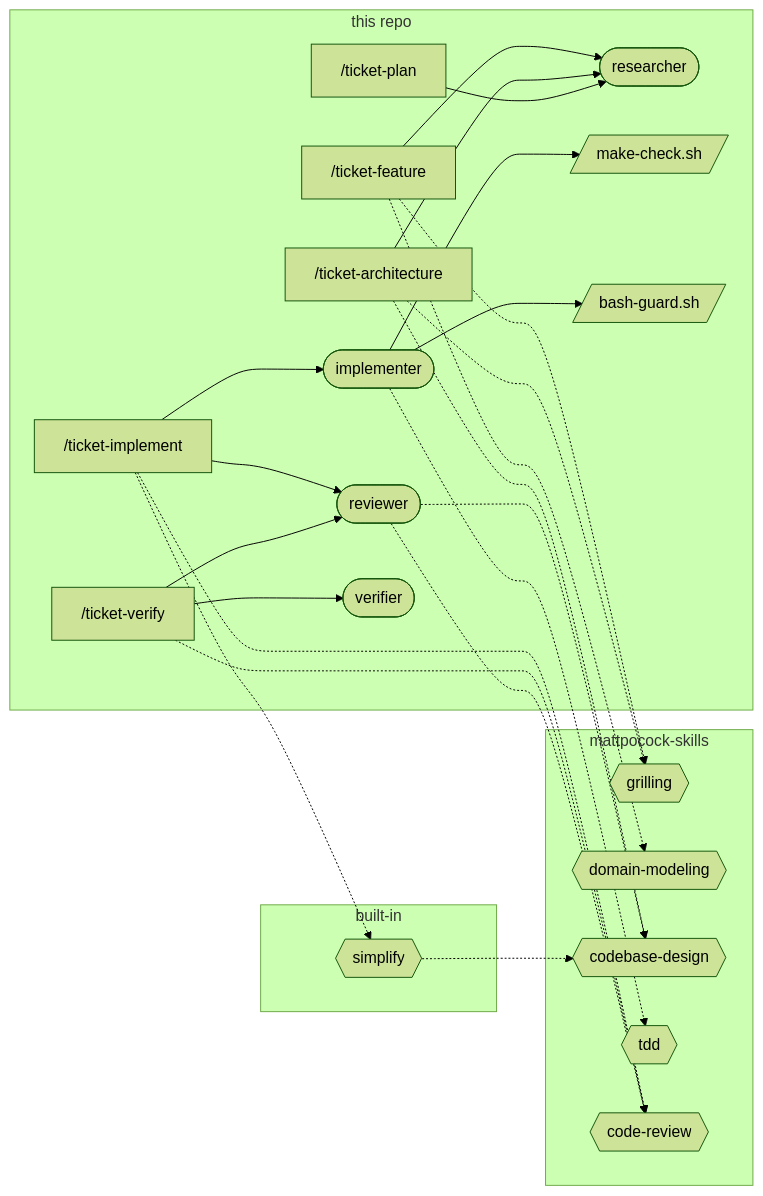
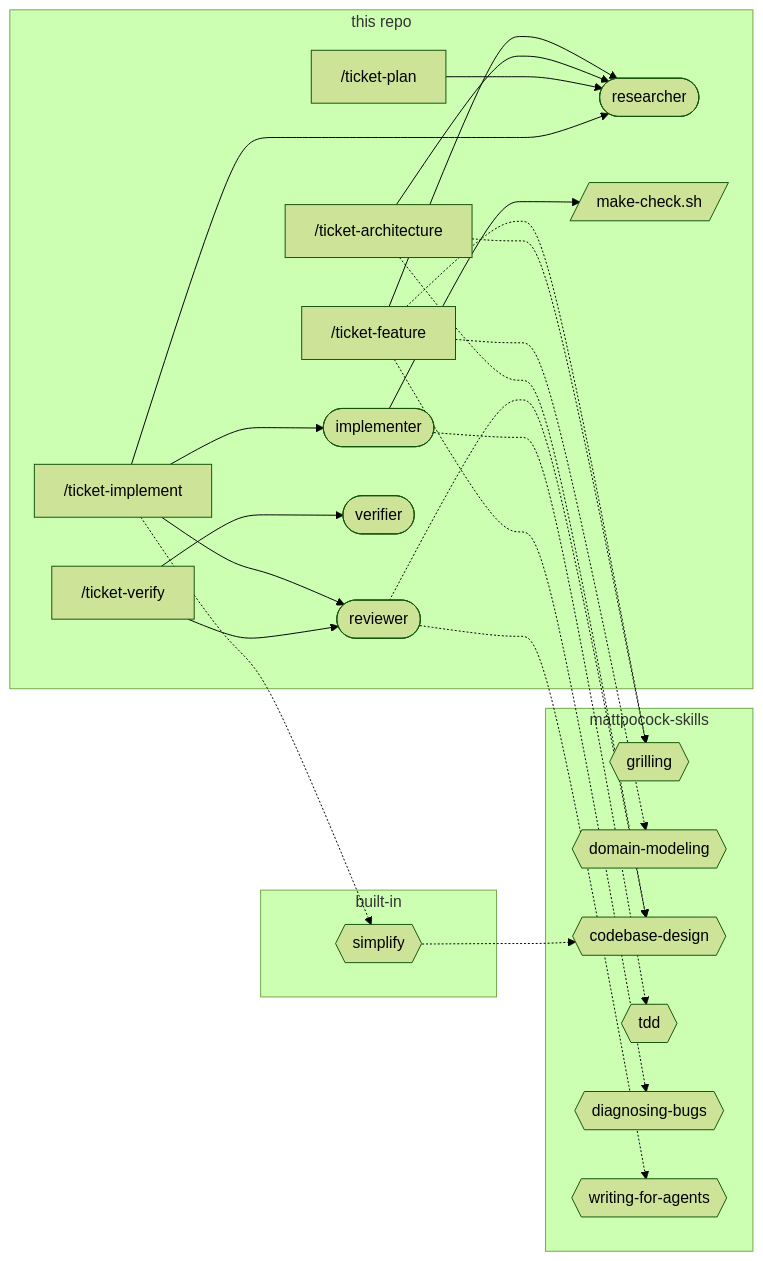
One commit to khotei/app-template changed the second of 3 diagrams in docs/knowledge/sdd.md. Above: the diagram before and after it, drawn with Mermaid (forest theme). The commit also changed other lines of this file and 43 other files, not shown here.

````diff
--- a/docs/knowledge/sdd.md
+++ b/docs/knowledge/sdd.md
@@ -77,39 +81,38 @@
 ```mermaid
 graph LR
   subgraph ours [this repo]
     feature["/ticket-feature"]
     arch["/ticket-architecture"]
     plan["/ticket-plan"]
     impl["/ticket-implement"]
     verify["/ticket-verify"]
     researcher([researcher])
     implementer([implementer])
     reviewer([reviewer])
     verifier([verifier])
     hook[/make-check.sh/]
-    guard[/bash-guard.sh/]
   end
   subgraph plugin [mattpocock-skills]
     grilling{{grilling}}
     modeling{{domain-modeling}}
     design{{codebase-design}}
     tdd{{tdd}}
-    review{{code-review}}
+    diagnosing{{diagnosing-bugs}}
+    writing{{writing-for-agents}}
   end
   subgraph builtin [built-in]
     simplify{{simplify}}
   end
-  feature -.-> grilling & modeling
+  feature -.-> grilling & modeling & diagnosing
   feature --> researcher
   arch -.-> design & grilling
   arch --> researcher
   plan --> researcher
-  impl --> implementer & reviewer
-  impl -.-> review & simplify
+  impl --> implementer & reviewer & researcher
+  impl -.-> simplify
   simplify -.-> design
   implementer -.-> tdd
-  implementer --> hook & guard
+  implementer --> hook
   verify --> verifier & reviewer
-  verify -.-> review
-  reviewer -.-> review & design
+  reviewer -.-> design & writing
 ```
````
